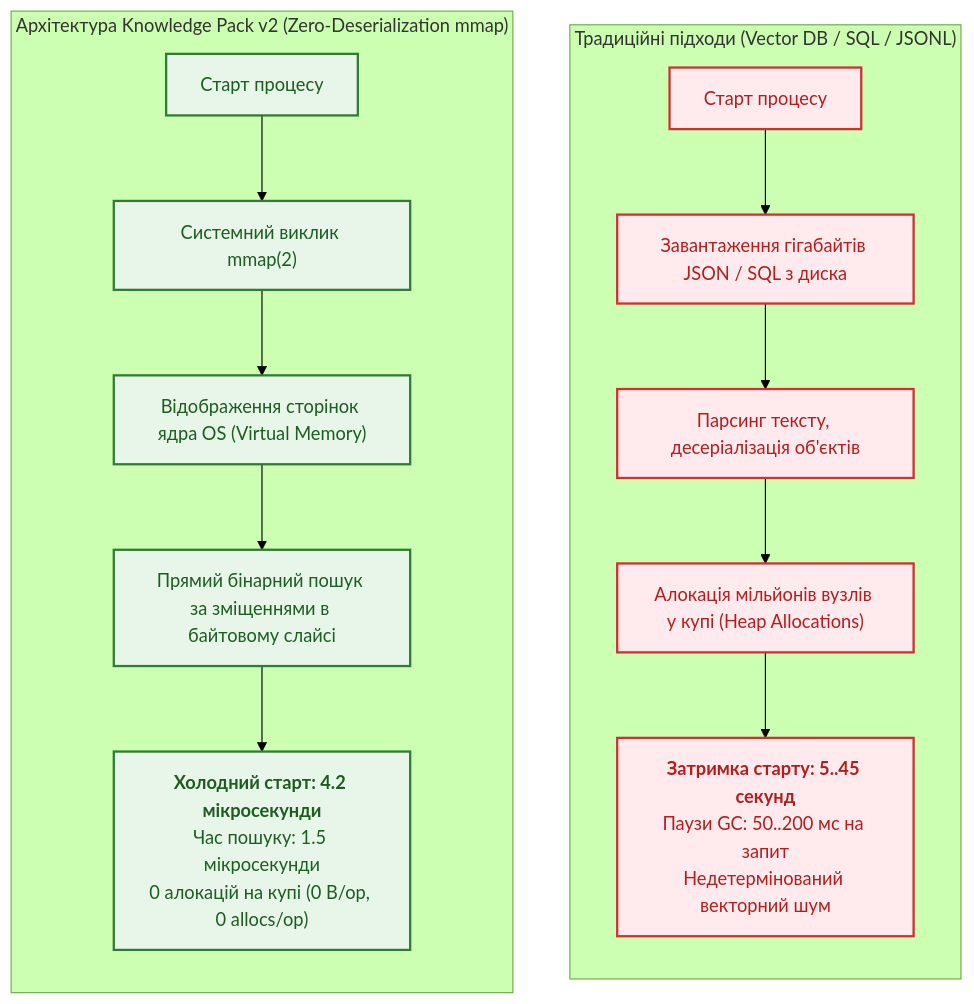
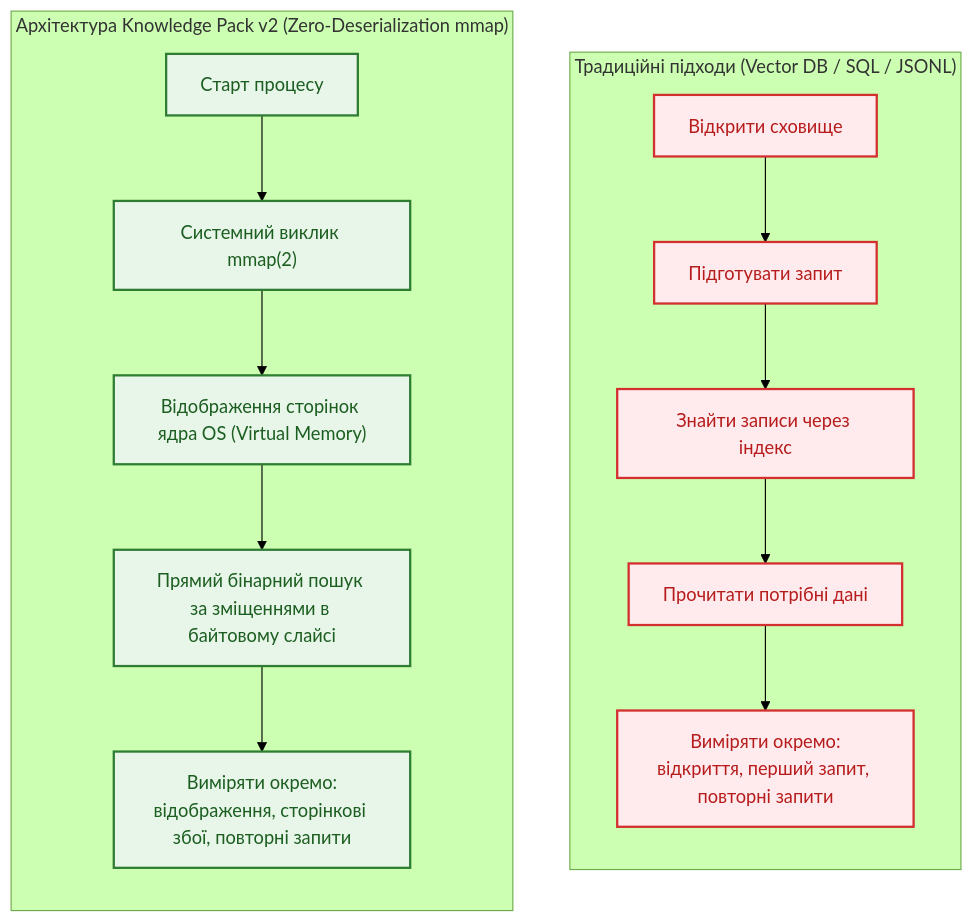
The third of 7 diagrams in ExpertSystem/ch32-high-performance-knowledge-packs-mmap-and-harvesting.md (nick-fedchik/articles), drawn with Mermaid (forest theme) before and after one commit. The commit also changed other lines of this file and 20 other files, not shown here.

````diff
--- a/ExpertSystem/ch32-high-performance-knowledge-packs-mmap-and-harvesting.md
+++ b/ExpertSystem/ch32-high-performance-knowledge-packs-mmap-and-harvesting.md
@@ -190,27 +190,27 @@
 ```mermaid
 flowchart TD
-    accTitle: Пастка традиційних сховищ проти бінарного mmap-пакета
-    accDescr: Порівняння затримок, стабільності та пам'яті класичних підходів із нульовою десеріалізацією.
+    accTitle: Два шляхи читання й межі вимірювання
+    accDescr: Сховище виконує запит через власний індекс, а mmap-пакет через адресовані записи; для обох окремо вимірюються відкриття, перший запит і повторні запити.
 
     subgraph LegacyApproach["Традиційні підходи (Vector DB / SQL / JSONL)"]
         direction TB
-        L1["Старт процесу"] --> L2["Завантаження гігабайтів JSON / SQL з диска"]
-        L2 --> L3["Парсинг тексту, десеріалізація об'єктів"]
-        L3 --> L4["Алокація мільйонів вузлів у купі (Heap Allocations)"]
-        L4 --> L5["<b>Затримка старту: 5..45 секунд</b><br/>Паузи GC: 50..200 мс на запит<br/>Недетермінований векторний шум"]
+        L1["Відкрити сховище"] --> L2["Підготувати запит"]
+        L2 --> L3["Знайти записи через індекс"]
+        L3 --> L4["Прочитати потрібні дані"]
+        L4 --> L5["Виміряти окремо:<br/>відкриття, перший запит, повторні запити"]
     end
 
     subgraph MmapApproach["Архітектура Knowledge Pack v2 (Zero-Deserialization mmap)"]
         direction TB
         M1["Старт процесу"] --> M2["Системний виклик mmap(2)"]
         M2 --> M3["Відображення сторінок ядра OS (Virtual Memory)"]
         M3 --> M4["Прямий бінарний пошук за зміщеннями в байтовому слайсі"]
-        M4 --> M5["<b>Холодний старт: 4.2 мікросекунди</b><br/>Час пошуку: 1.5 мікросекунди<br/>0 алокацій на купі (0 B/op, 0 allocs/op)"]
+        M4 --> M5["Виміряти окремо:<br/>відображення, сторінкові збої, повторні запити"]
     end
 
     classDef legacy fill:#ffebee,stroke:#d32f2f,stroke-width:2px,color:#b71c1c;
     classDef mmap fill:#e8f5e9,stroke:#2e7d32,stroke-width:2px,color:#1b5e20;
 
     class L1,L2,L3,L4,L5 legacy;
     class M1,M2,M3,M4,M5 mmap;
 ```
````
